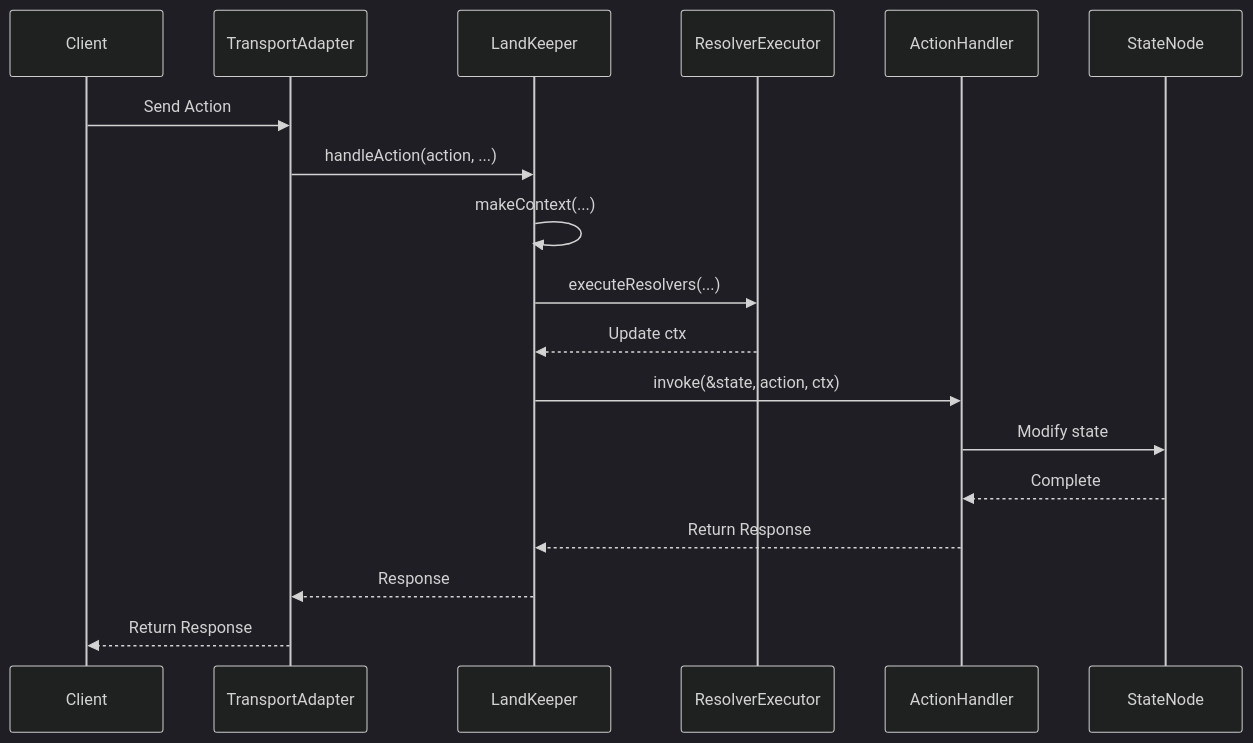
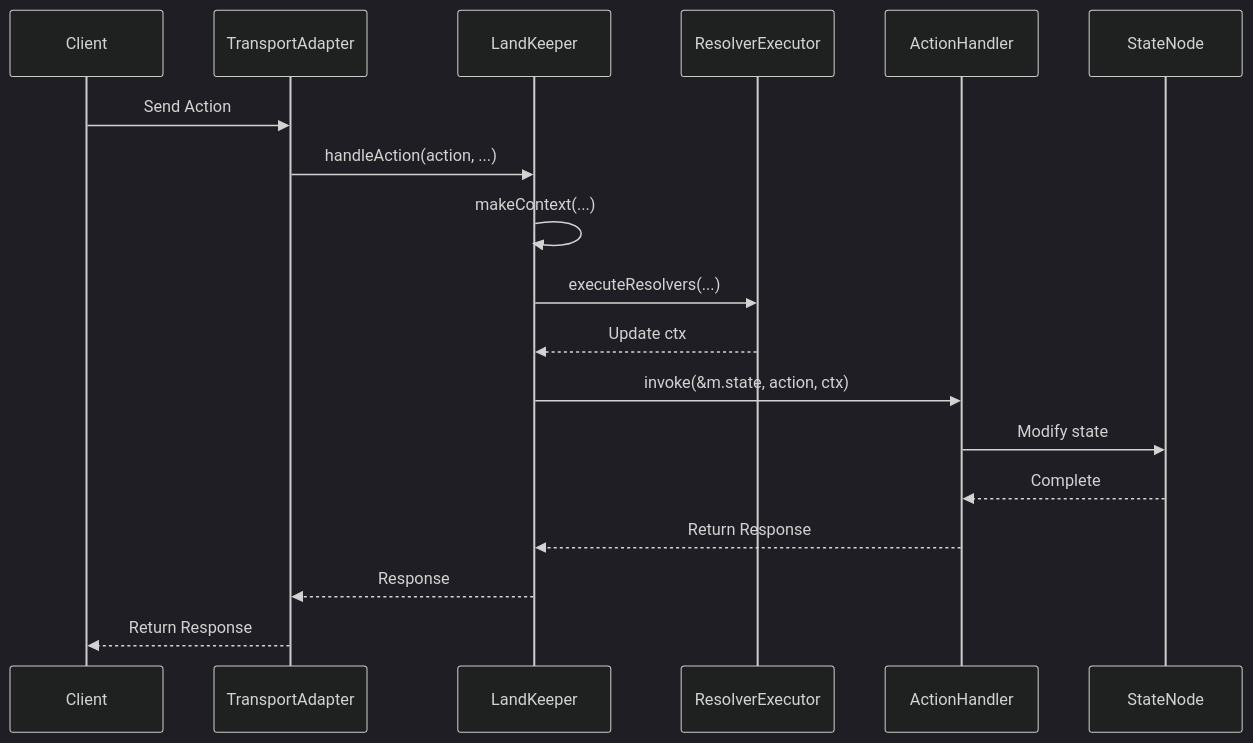
One commit to gmliao/swift-state-tree changed the first of 2 diagrams in docs/core/runtime.md. Above: the diagram before and after it, drawn with Mermaid (dark theme). The commit also changed other lines of this file and 4 other files, not shown here.

````diff
--- a/docs/core/runtime.md
+++ b/docs/core/runtime.md
@@ -138,21 +138,21 @@
 ```mermaid
 sequenceDiagram
     participant Client as Client
     participant Adapter as TransportAdapter
     participant Keeper as LandKeeper
     participant Resolver as ResolverExecutor
     participant Handler as ActionHandler
     participant State as StateNode
 
     Client->>Adapter: Send Action
     Adapter->>Keeper: handleAction(action, ...)
     Keeper->>Keeper: makeContext(...)
     Keeper->>Resolver: executeResolvers(...)
     Resolver-->>Keeper: Update ctx
-    Keeper->>Handler: invoke(&state, action, ctx)
+    Keeper->>Handler: invoke(&m.state, action, ctx)
     Handler->>State: Modify state
     State-->>Handler: Complete
     Handler-->>Keeper: Return Response
     Keeper-->>Adapter: Response
     Adapter-->>Client: Return Response
 ```
````
